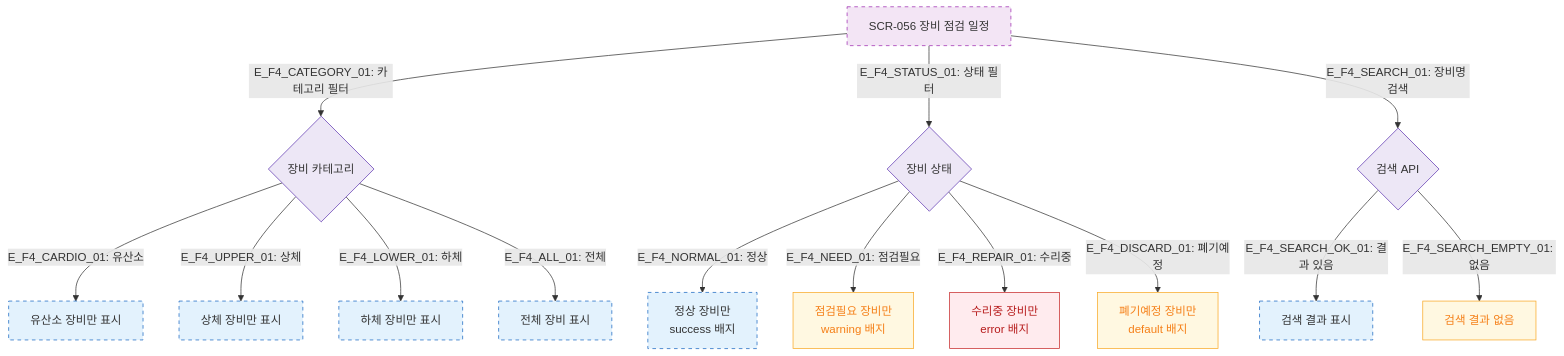
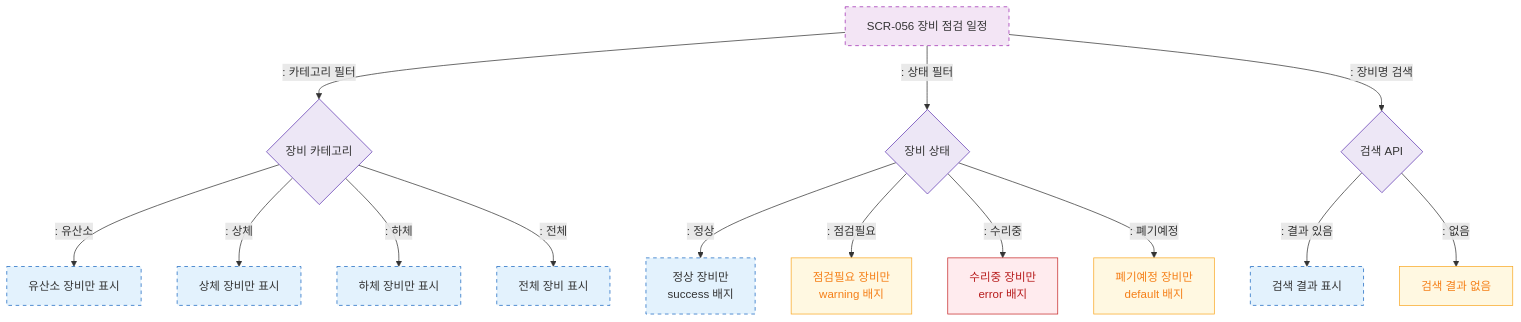
The diagram in docs/다이어그램/D06_시설관리/SCR-056_장비점검일정/F4_필터검색.md (dev-spogym/admin-pando), drawn with Mermaid before and after one commit. The commit also changed other lines of this file and 1660 other files, not shown here.

First line of the commit message:
다이어그램: 기획자/클라이언트 납품본으로 정리

````diff
--- a/docs/다이어그램/D06_시설관리/SCR-056_장비점검일정/F4_필터검색.md
+++ b/docs/다이어그램/D06_시설관리/SCR-056_장비점검일정/F4_필터검색.md
@@ -16,31 +14,31 @@
 ```mermaid
 flowchart TD
     SCR_056[SCR-056 장비 점검 일정]
 
-    SCR_056 -->|"E_F4_CATEGORY_01: 카테고리 필터"| CatFilter{장비 카테고리}
-    CatFilter -->|"E_F4_CARDIO_01: 유산소"| CardioList[유산소 장비만 표시]
-    CatFilter -->|"E_F4_UPPER_01: 상체"| UpperList[상체 장비만 표시]
-    CatFilter -->|"E_F4_LOWER_01: 하체"| LowerList[하체 장비만 표시]
-    CatFilter -->|"E_F4_ALL_01: 전체"| AllList[전체 장비 표시]
+    SCR_056 -->|": 카테고리 필터"|CatFilter{장비 카테고리}
+    CatFilter -->|": 유산소"|CardioList[유산소 장비만 표시]
+    CatFilter -->|": 상체"|UpperList[상체 장비만 표시]
+    CatFilter -->|": 하체"|LowerList[하체 장비만 표시]
+    CatFilter -->|": 전체"|AllList[전체 장비 표시]
 
-    SCR_056 -->|"E_F4_STATUS_01: 상태 필터"| StatusFilter{장비 상태}
-    StatusFilter -->|"E_F4_NORMAL_01: 정상"| NormalList[정상 장비만\nsuccess 배지]
-    StatusFilter -->|"E_F4_NEED_01: 점검필요"| NeedList[점검필요 장비만\nwarning 배지]
-    StatusFilter -->|"E_F4_REPAIR_01: 수리중"| RepairList[수리중 장비만\nerror 배지]
-    StatusFilter -->|"E_F4_DISCARD_01: 폐기예정"| DiscardList[폐기예정 장비만\ndefault 배지]
+    SCR_056 -->|": 상태 필터"|StatusFilter{장비 상태}
+    StatusFilter -->|": 정상"|NormalList[정상 장비만\nsuccess 배지]
+    StatusFilter -->|": 점검필요"|NeedList[점검필요 장비만\nwarning 배지]
+    StatusFilter -->|": 수리중"|RepairList[수리중 장비만\nerror 배지]
+    StatusFilter -->|": 폐기예정"|DiscardList[폐기예정 장비만\ndefault 배지]
 
-    SCR_056 -->|"E_F4_SEARCH_01: 장비명 검색"| SearchAPI{검색 API}
-    SearchAPI -->|"E_F4_SEARCH_OK_01: 결과 있음"| SearchResult[검색 결과 표시]
-    SearchAPI -->|"E_F4_SEARCH_EMPTY_01: 없음"| SearchEmpty[검색 결과 없음]
+    SCR_056 -->|": 장비명 검색"|SearchAPI{검색 API}
+    SearchAPI -->|": 결과 있음"|SearchResult[검색 결과 표시]
+    SearchAPI -->|": 없음"|SearchEmpty[검색 결과 없음]
 
     classDef newFeature fill:#F3E5F5,stroke:#9C27B0,stroke-dasharray:5 5
     classDef warning fill:#FFF8E1,stroke:#F9A825,color:#F57F17
     classDef error fill:#FFEBEE,stroke:#C62828,color:#B71C1C
     classDef screen fill:#E3F2FD,stroke:#1565C0,stroke-dasharray:5 5
     classDef system fill:#EDE7F6,stroke:#5E35B2
     class SCR_056 newFeature
     class CardioList,UpperList,LowerList,AllList,NormalList,SearchResult screen
     class NeedList,DiscardList,SearchEmpty warning
     class RepairList error
     class CatFilter,StatusFilter,SearchAPI system
 ```
````
